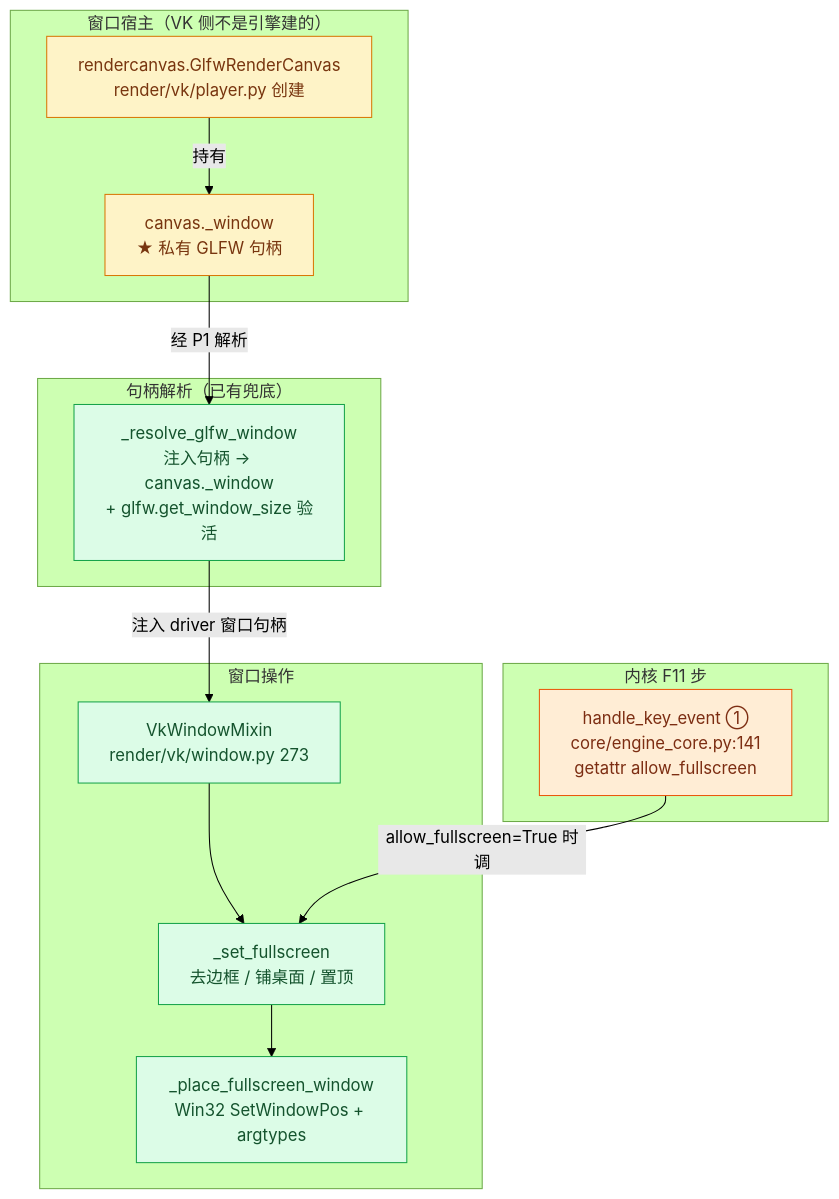
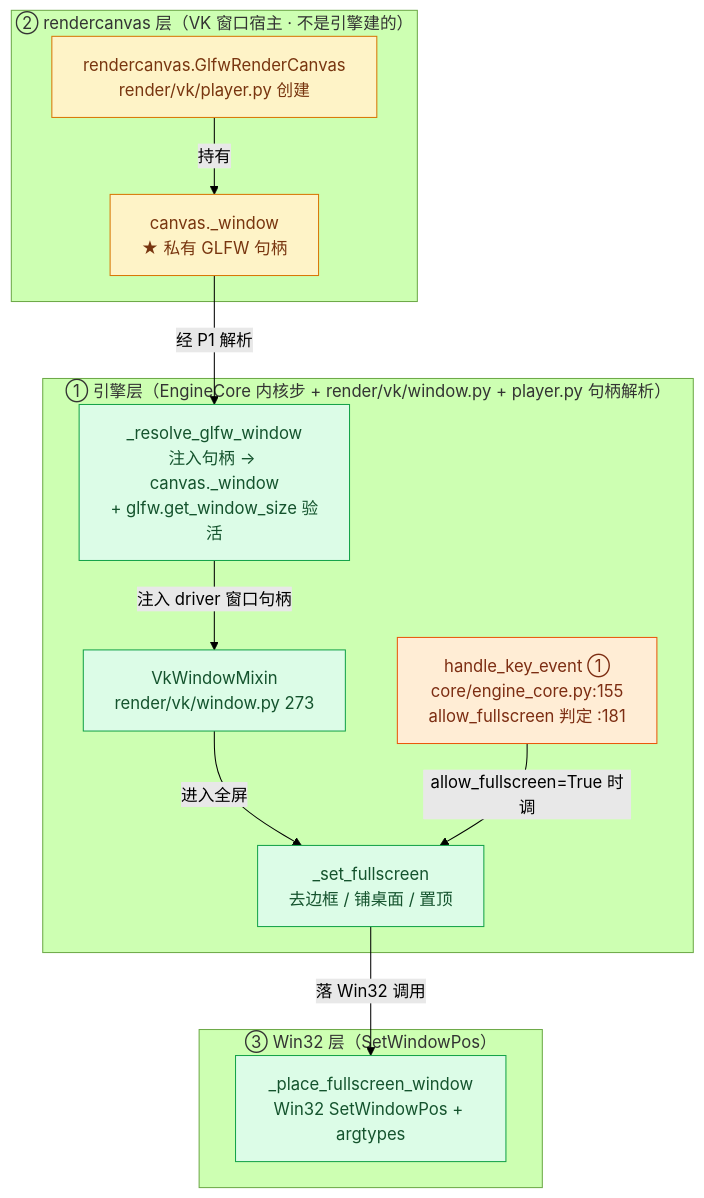
Before and after one commit to lhy302/WeaveEngine: diagram 21 of 23 in ARCHITECTURE.md, drawn with Mermaid (forest theme). The commit also changed other lines of this file, not shown here.

Commit message:
docs: 图 15~19 全部改为功能模块分框结构（含事实实测刷新）

````diff
--- a/ARCHITECTURE.md
+++ b/ARCHITECTURE.md
@@ -1368,27 +1394,25 @@
 ```mermaid
 flowchart TB
-  subgraph HOST["窗口宿主（VK 侧不是引擎建的）"]
+  subgraph ENG["① 引擎层（EngineCore 内核步 + render/vk/window.py + player.py 句柄解析）"]
+    K1["handle_key_event ①<br/>core/engine_core.py:155<br/>allow_fullscreen 判定 :181"]:::contract
+    W1["VkWindowMixin<br/>render/vk/window.py 273"]:::impl
+    W2["_set_fullscreen<br/>去边框 / 铺桌面 / 置顶"]:::impl
+    P1["_resolve_glfw_window<br/>注入句柄 → canvas._window<br/>+ glfw.get_window_size 验活"]:::impl
+  end
+  subgraph RC["② rendercanvas 层（VK 窗口宿主 · 不是引擎建的）"]
     R1["rendercanvas.GlfwRenderCanvas<br/>render/vk/player.py 创建"]:::external
     R2["canvas._window<br/>★ 私有 GLFW 句柄"]:::external
   end
-  subgraph RESOLVE["句柄解析（已有兜底）"]
-    P1["_resolve_glfw_window<br/>注入句柄 → canvas._window<br/>+ glfw.get_window_size 验活"]:::impl
-  end
-  subgraph ACT["窗口操作"]
-    W1["VkWindowMixin<br/>render/vk/window.py 273"]:::impl
-    W2["_set_fullscreen<br/>去边框 / 铺桌面 / 置顶"]:::impl
+  subgraph W32["③ Win32 层（SetWindowPos）"]
     W3["_place_fullscreen_window<br/>Win32 SetWindowPos + argtypes"]:::impl
-  end
-  subgraph KERN["内核 F11 步"]
-    K1["handle_key_event ①<br/>core/engine_core.py:141<br/>getattr allow_fullscreen"]:::contract
   end
   R1 -->|持有| R2
   R2 -->|经 P1 解析| P1
   P1 -->|注入 driver 窗口句柄| W1
-  W1 --> W2
-  W2 --> W3
+  W1 -->|进入全屏| W2
+  W2 -->|落 Win32 调用| W3
   K1 -->|allow_fullscreen=True 时调| W2
   classDef external fill:#fef3c7,stroke:#d97706,color:#78350f
   classDef impl fill:#dcfce7,stroke:#16a34a,color:#14532d
   classDef contract fill:#ffedd5,stroke:#ea580c,color:#7c2d12
 ```
````
